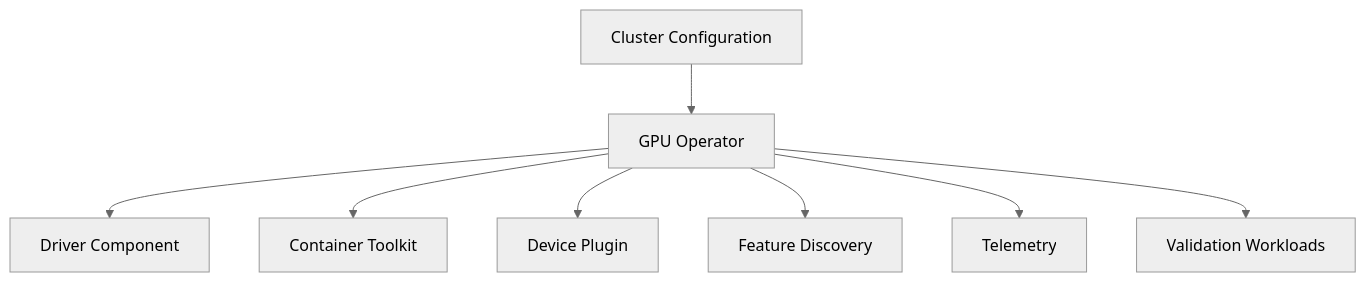
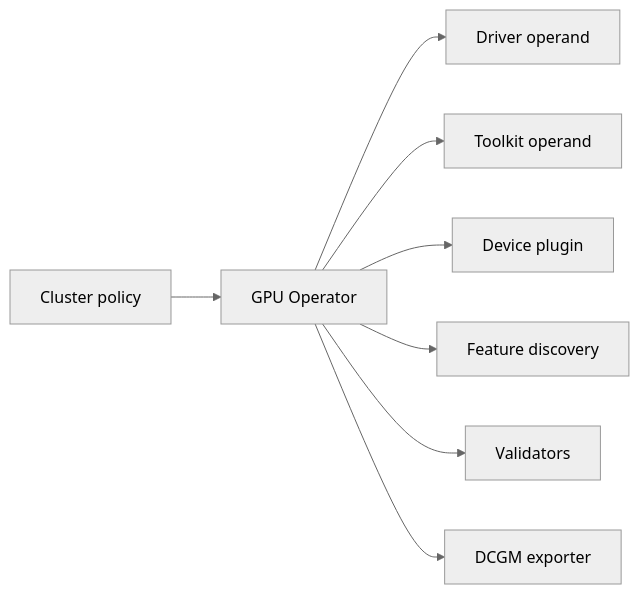
One commit to jithinpnjm/nvidia-devops changed the second of 2 diagrams in docs/nvidia-zero-to-hero/volume-10/chapter-01-why-kubernetes-needs-a-gpu-platform-layer.md. Above: the diagram before and after it, drawn with Mermaid (neutral theme). The commit also changed other lines of this file and 4 other files, not shown here.

````diff
--- a/docs/nvidia-zero-to-hero/volume-10/chapter-01-why-kubernetes-needs-a-gpu-platform-layer.md
+++ b/docs/nvidia-zero-to-hero/volume-10/chapter-01-why-kubernetes-needs-a-gpu-platform-layer.md
@@ -100,19 +71,10 @@
 ```mermaid
-flowchart TD
-    CR[Cluster Configuration]
-    Operator[GPU Operator]
-    Driver[Driver Component]
-    Toolkit[Container Toolkit]
-    DevicePlugin[Device Plugin]
-    Discovery[Feature Discovery]
-    Metrics[Telemetry]
-    Validation[Validation Workloads]
-
-    CR --> Operator
-    Operator --> Driver
-    Operator --> Toolkit
-    Operator --> DevicePlugin
-    Operator --> Discovery
-    Operator --> Metrics
-    Operator --> Validation
+flowchart LR
+    Policy[Cluster policy] --> Operator[GPU Operator]
+    Operator --> Driver[Driver operand]
+    Operator --> Toolkit[Toolkit operand]
+    Operator --> Plugin[Device plugin]
+    Operator --> Discovery[Feature discovery]
+    Operator --> Validate[Validators]
+    Operator --> Metrics[DCGM exporter]
 ```
````
